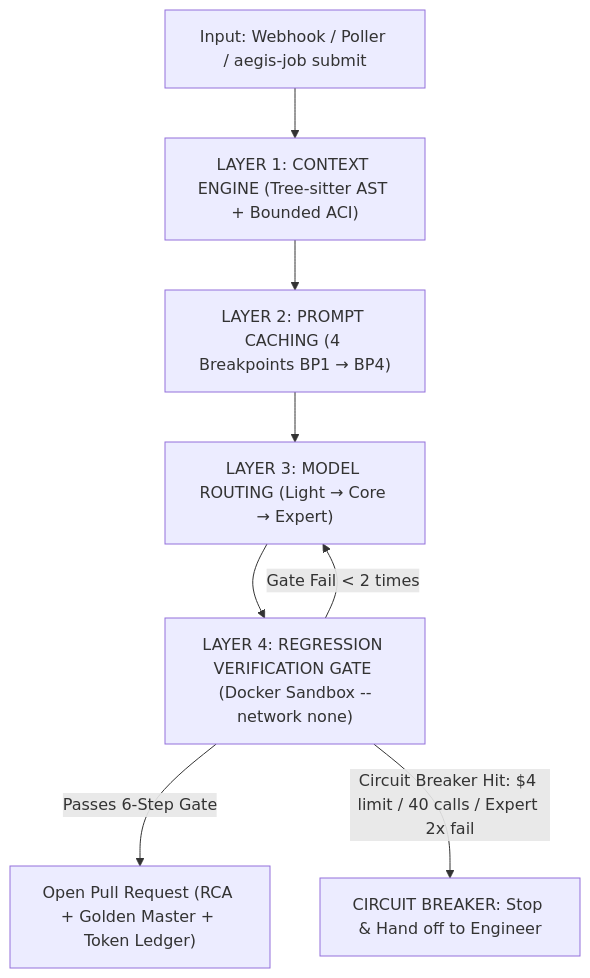
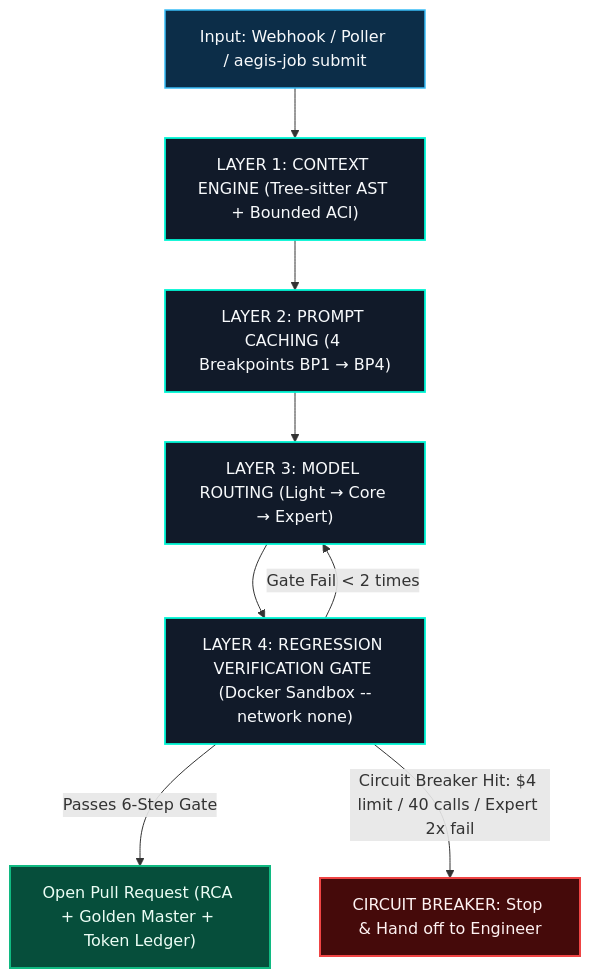
The fourth of 4 diagrams in README.md (hoanghainh1188/aegis-code), drawn with Mermaid before and after one commit. The commit also changed other lines of this file and 3 other files, not shown here.

Commit message:
docs(readme): illustrate external integrations and internal crate architecture (#318)

````diff
--- a/README.md
+++ b/README.md
@@ -186,11 +415,16 @@
 ```mermaid
 flowchart TD
-    Issue["Input: Webhook / Poller / aegis-job submit"] --> L1["LAYER 1: CONTEXT ENGINE (Tree-sitter AST + Bounded ACI)"]
-    L1 --> L2["LAYER 2: PROMPT CACHING (4 Breakpoints BP1 → BP4)"]
-    L2 --> L3["LAYER 3: MODEL ROUTING (Light → Core → Expert)"]
-    L3 --> L4["LAYER 4: REGRESSION VERIFICATION GATE (Docker Sandbox --network none)"]
+    classDef input fill:#0c2d48,stroke:#38BDF8,stroke-width:1.5px,color:#F8FAFC;
+    classDef layer fill:#111a29,stroke:#00F5D4,stroke-width:1.8px,color:#F8FAFC;
+    classDef pass fill:#064e3b,stroke:#10B981,stroke-width:2px,color:#ECFDF5;
+    classDef stop fill:#450a0a,stroke:#EF4444,stroke-width:2px,color:#FEF2F2;
+
+    Issue["Input: Webhook / Poller / aegis-job submit"]:::input --> L1["LAYER 1: CONTEXT ENGINE (Tree-sitter AST + Bounded ACI)"]:::layer
+    L1 --> L2["LAYER 2: PROMPT CACHING (4 Breakpoints BP1 → BP4)"]:::layer
+    L2 --> L3["LAYER 3: MODEL ROUTING (Light → Core → Expert)"]:::layer
+    L3 --> L4["LAYER 4: REGRESSION VERIFICATION GATE (Docker Sandbox --network none)"]:::layer
     
-    L4 -->|Passes 6-Step Gate| PR["Open Pull Request (RCA + Golden Master + Token Ledger)"]
+    L4 -->|Passes 6-Step Gate| PR["Open Pull Request (RCA + Golden Master + Token Ledger)"]:::pass
     L4 -->|Gate Fail < 2 times| L3
-    L4 -->|Circuit Breaker Hit: $4 limit / 40 calls / Expert 2x fail| Stop["CIRCUIT BREAKER: Stop & Hand off to Engineer"]
+    L4 -->|Circuit Breaker Hit: $4 limit / 40 calls / Expert 2x fail| Stop["CIRCUIT BREAKER: Stop & Hand off to Engineer"]:::stop
 ```
````
